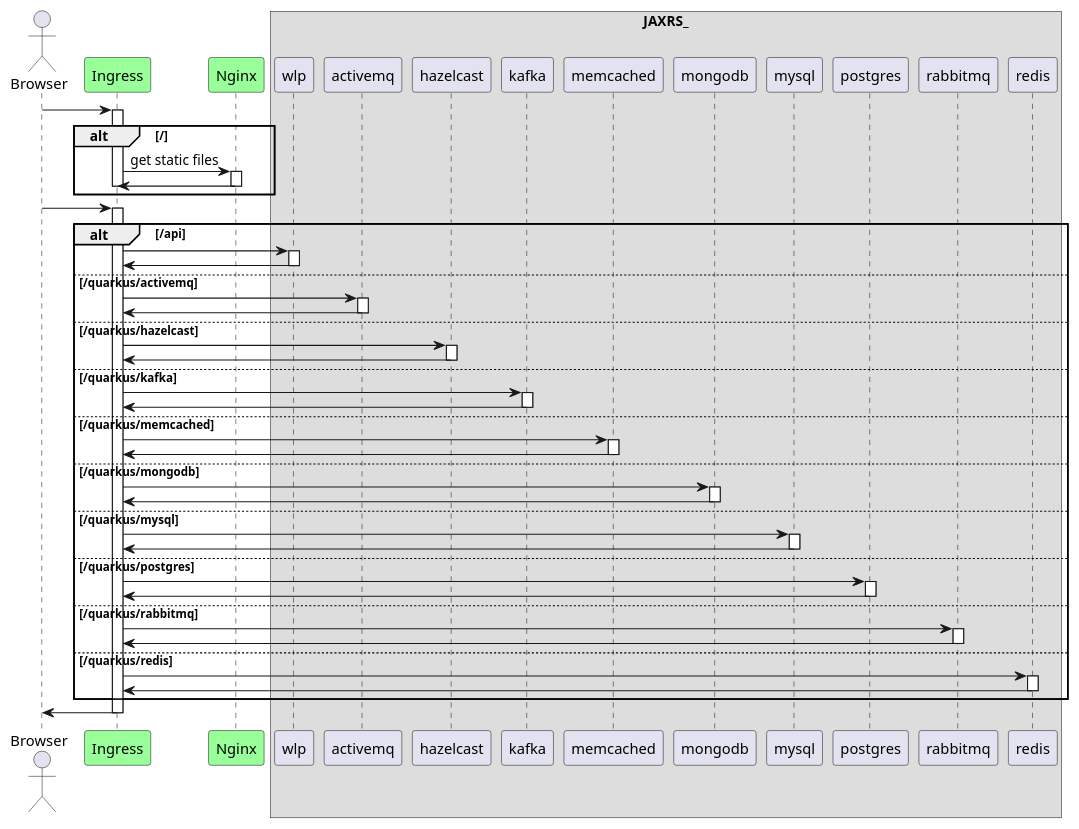
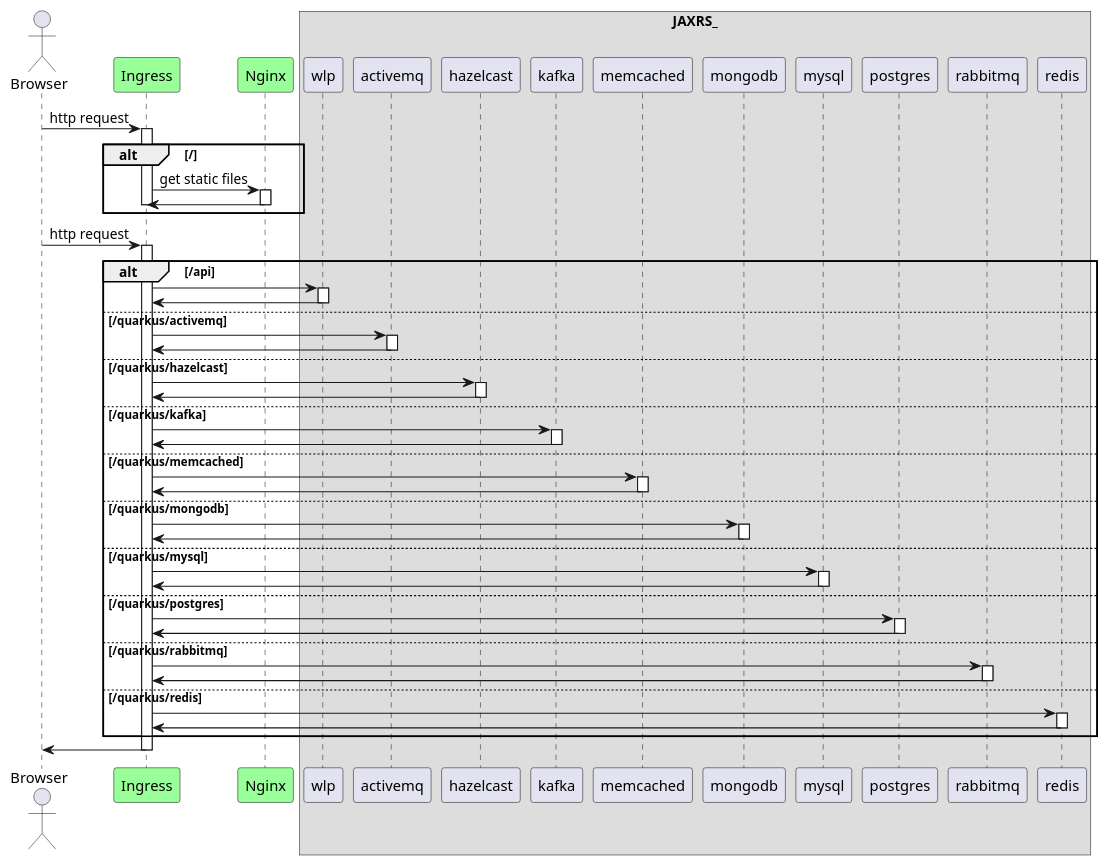
The diagram in docs/uml/nginx.pu (yurake/k8s-3tier-webapp), drawn with PlantUML before and after one commit. The commit also changed 8 other files, not shown here.

Commit message:
add sequences #385

```diff
--- a/docs/uml/nginx.pu
+++ b/docs/uml/nginx.pu
@@ -1,93 +1,93 @@
 @startuml nginx
 actor Browser
 participant Ingress as Ingress #99FF99
 participant Nginx as Nginx #99FF99
-Browser -> Ingress:
+Browser -> Ingress: http request
 activate Ingress
 alt /
 Ingress -> Nginx: get static files
 activate Nginx
 Nginx -> Ingress: 
 deactivate Nginx
 
 deactivate Ingress
 end
-Browser -> Ingress:
+Browser -> Ingress: http request
 activate Ingress
 alt /api
 Ingress -> wlp: 
 activate wlp
 wlp -> Ingress: 
 deactivate wlp
 
 else /quarkus/activemq
 Ingress -> activemq: 
 activate activemq
 activemq -> Ingress: 
 deactivate activemq
 
 else /quarkus/hazelcast
 Ingress -> hazelcast: 
 activate hazelcast
 hazelcast -> Ingress: 
 deactivate hazelcast
 
 else /quarkus/kafka
 Ingress -> kafka: 
 activate kafka
 kafka -> Ingress: 
 deactivate kafka
 
 else /quarkus/memcached
 Ingress -> memcached: 
 activate memcached
 memcached -> Ingress: 
 deactivate memcached
 
 else /quarkus/mongodb
 Ingress -> mongodb: 
 activate mongodb
 mongodb -> Ingress: 
 deactivate mongodb
 
 else /quarkus/mysql
 Ingress -> mysql: 
 activate mysql
 mysql -> Ingress: 
 deactivate mysql
 
 else /quarkus/postgres
 Ingress -> postgres: 
 activate postgres
 postgres -> Ingress: 
 deactivate postgres
 
 else /quarkus/rabbitmq
 Ingress -> rabbitmq: 
 activate rabbitmq
 rabbitmq -> Ingress: 
 deactivate rabbitmq
 
 else /quarkus/redis
 Ingress -> redis: 
 activate redis
 redis -> Ingress: 
 deactivate redis
 
 end
 Ingress -> Browser:
 deactivate Ingress
 
 box JAXRS_
 participant wlp as wlp #ADD1B2
 participant activemq as activemq #ADD1B2
 participant hazelcast as hazelcast #ADD1B2
 participant kafka as kafka #ADD1B2
 participant memcached as memcached #ADD1B2
 participant mongodb as mongodb #ADD1B2
 participant mysql as mysql #ADD1B2
 participant postgres as postgres #ADD1B2
 participant rabbitmq as rabbitmq #ADD1B2
 participant redis as redis #ADD1B2
 end box
 @enduml
```
